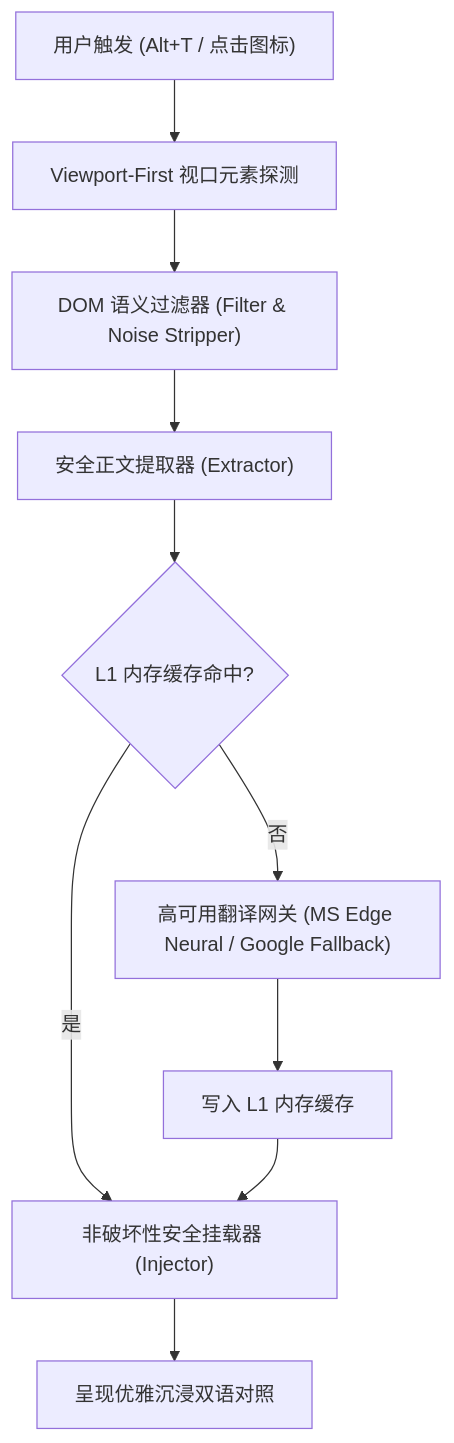
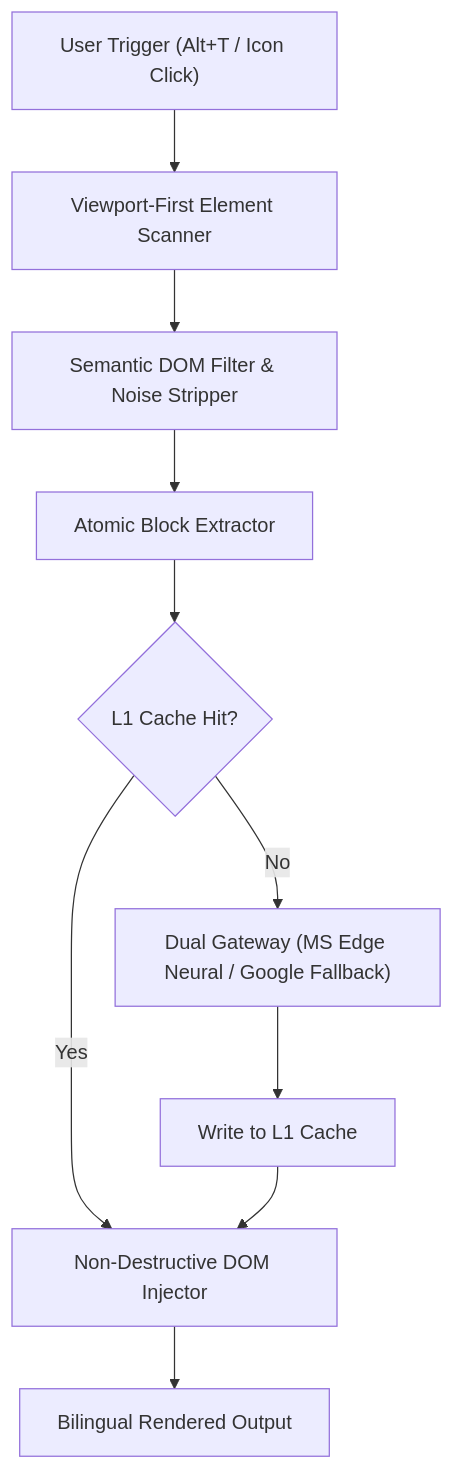
The diagram in README.md (stwbos/translate-king), drawn with Mermaid before and after one commit. The commit also changed other lines of this file and 2 other files, not shown here.

````diff
--- a/README.md
+++ b/README.md
@@ -63,12 +75,12 @@
 ```mermaid
 flowchart TD
-    A["用户触发 (Alt+T / 点击图标)"] --> B["Viewport-First 视口元素探测"]
-    B --> C["DOM 语义过滤器 (Filter & Noise Stripper)"]
-    C --> D["安全正文提取器 (Extractor)"]
-    D --> E{"L1 内存缓存命中?"}
-    E -- 是 --> G["非破坏性安全挂载器 (Injector)"]
-    E -- 否 --> F["高可用翻译网关 (MS Edge Neural / Google Fallback)"]
-    F --> H["写入 L1 内存缓存"]
+    A["User Trigger (Alt+T / Icon Click)"] --> B["Viewport-First Element Scanner"]
+    B --> C["Semantic DOM Filter & Noise Stripper"]
+    C --> D["Atomic Block Extractor"]
+    D --> E{"L1 Cache Hit?"}
+    E -- Yes --> G["Non-Destructive DOM Injector"]
+    E -- No --> F["Dual Gateway (MS Edge Neural / Google Fallback)"]
+    F --> H["Write to L1 Cache"]
     H --> G
-    G --> I["呈现优雅沉浸双语对照"]
+    G --> I["Bilingual Rendered Output"]
 ```
````
